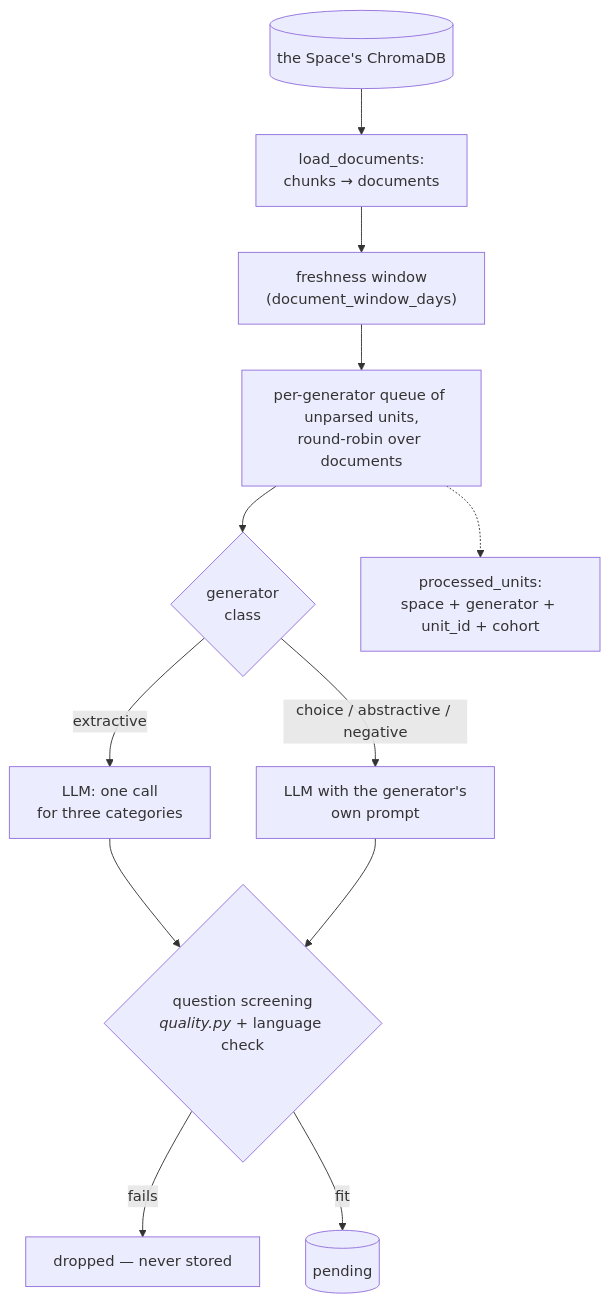
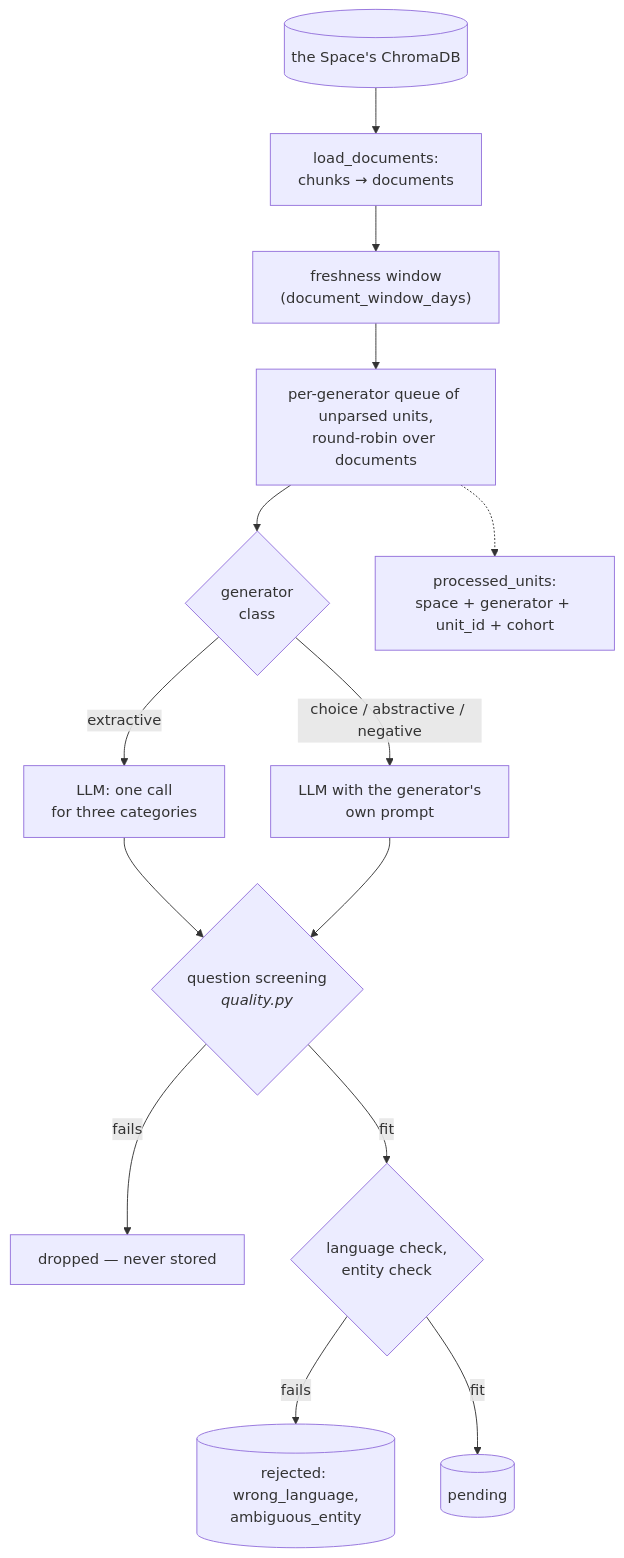
One commit to OpenMined/syft-space changed the first of 2 diagrams in packages/benchmark/docs/02-generation.md. Above: the diagram before and after it, drawn with Mermaid. The commit also changed other lines of this file and 77 other files, not shown here.

Commit message:
feat(benchmark): entity check, balanced top-up, incomplete grade for explanations, fill-in matching, hop-fact judging

````diff
--- a/packages/benchmark/docs/02-generation.md
+++ b/packages/benchmark/docs/02-generation.md
@@ -119,19 +121,21 @@
 ```mermaid
 flowchart TB
     CH[("the Space's ChromaDB")] --> LOAD["load_documents:<br/>chunks → documents"]
     LOAD --> WIN["freshness window<br/>(document_window_days)"]
     WIN --> PICK["per-generator queue of unparsed units,<br/>round-robin over documents"]
     PICK --> SPLIT{"generator<br/>class"}
 
     SPLIT -- "extractive" --> LLMX["LLM: one call<br/>for three categories"]
     SPLIT -- "choice / abstractive / negative" --> LLMG["LLM with the generator's<br/>own prompt"]
 
     LLMX --> R1
     LLMG --> R1
 
-    R1{"question screening<br/><i>quality.py</i> + language check"} -- "fails" --> DROP["dropped — never stored"]
-    R1 -- "fit" --> PEND[("pending")]
+    R1{"question screening<br/><i>quality.py</i>"} -- "fails" --> DROP["dropped — never stored"]
+    R1 -- "fit" --> R2{"language check,<br/>entity check"}
+    R2 -- "fails" --> REJ[("rejected: wrong_language,<br/>ambiguous_entity")]
+    R2 -- "fit" --> PEND[("pending")]
 
     MARK["processed_units:<br/>space + generator + unit_id + cohort"]
     PICK -.-> MARK
 ```
````
